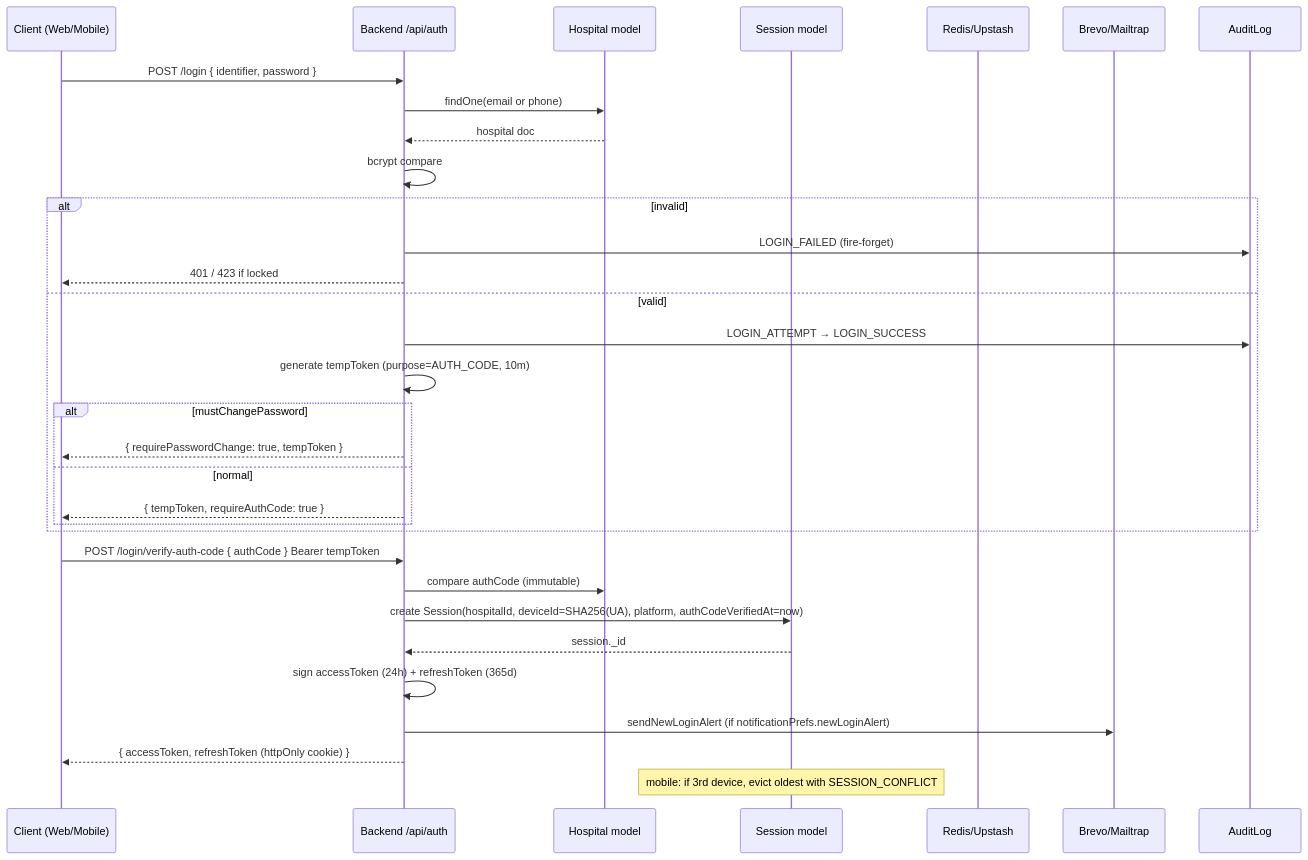
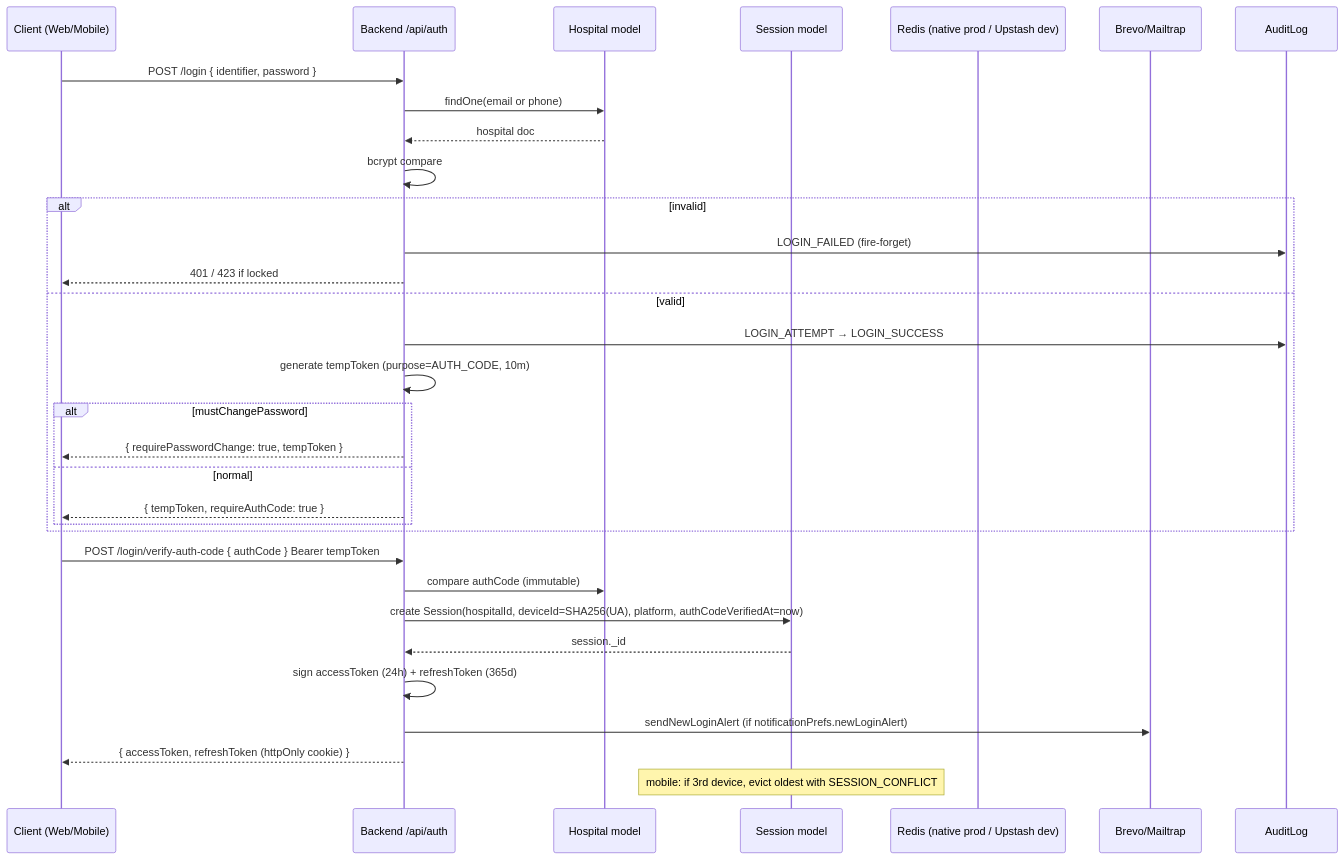
Before and after one commit to urvagandhi/Hospital-Management: the sixth of 30 diagrams in docs/audit/03-architecture-diagrams.md, drawn with Mermaid. The commit also changed other lines of this file and 15 other files, not shown here.

````diff
--- a/docs/audit/03-architecture-diagrams.md
+++ b/docs/audit/03-architecture-diagrams.md
@@ -267,35 +267,35 @@
 ```mermaid
 sequenceDiagram
   participant C as Client (Web/Mobile)
   participant API as Backend /api/auth
   participant H as Hospital model
   participant S as Session model
-  participant R as Redis/Upstash
+  participant R as Redis (native prod / Upstash dev)
   participant E as Brevo/Mailtrap
   participant A as AuditLog
 
   C->>API: POST /login { identifier, password }
   API->>H: findOne(email or phone)
   H-->>API: hospital doc
   API->>API: bcrypt compare
   alt invalid
     API->>A: LOGIN_FAILED (fire-forget)
     API-->>C: 401 / 423 if locked
   else valid
     API->>A: LOGIN_ATTEMPT → LOGIN_SUCCESS
     API->>API: generate tempToken (purpose=AUTH_CODE, 10m)
     alt mustChangePassword
       API-->>C: { requirePasswordChange: true, tempToken }
     else normal
       API-->>C: { tempToken, requireAuthCode: true }
     end
   end
   C->>API: POST /login/verify-auth-code { authCode } Bearer tempToken
   API->>H: compare authCode (immutable)
   API->>S: create Session(hospitalId, deviceId=SHA256(UA), platform, authCodeVerifiedAt=now)
   S-->>API: session._id
   API->>API: sign accessToken (24h) + refreshToken (365d)
   API->>E: sendNewLoginAlert (if notificationPrefs.newLoginAlert)
   API-->>C: { accessToken, refreshToken (httpOnly cookie) }
   Note over S: mobile: if 3rd device, evict oldest with SESSION_CONFLICT
 ```
````
